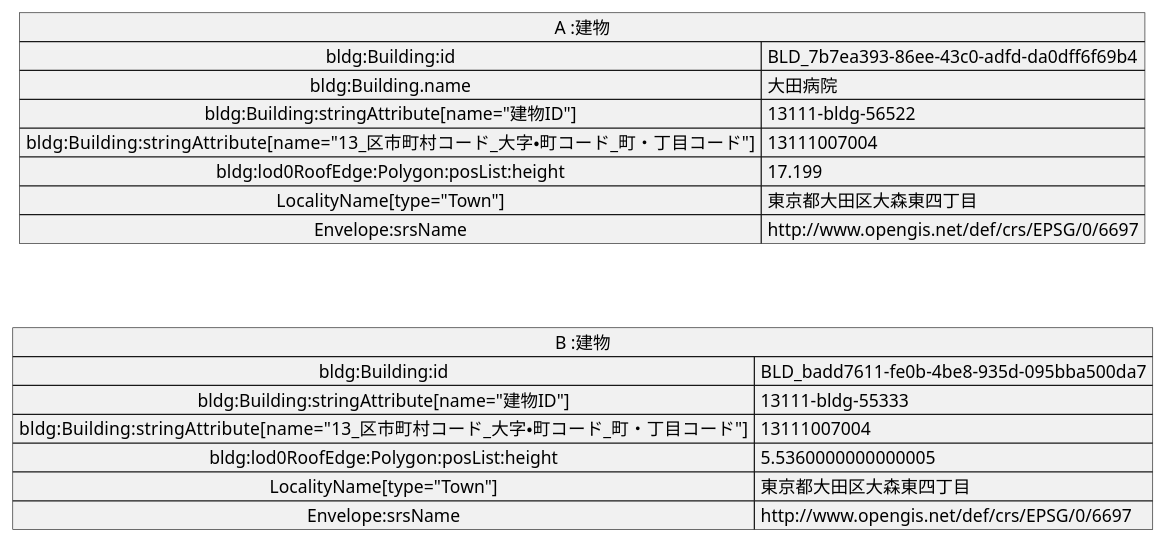
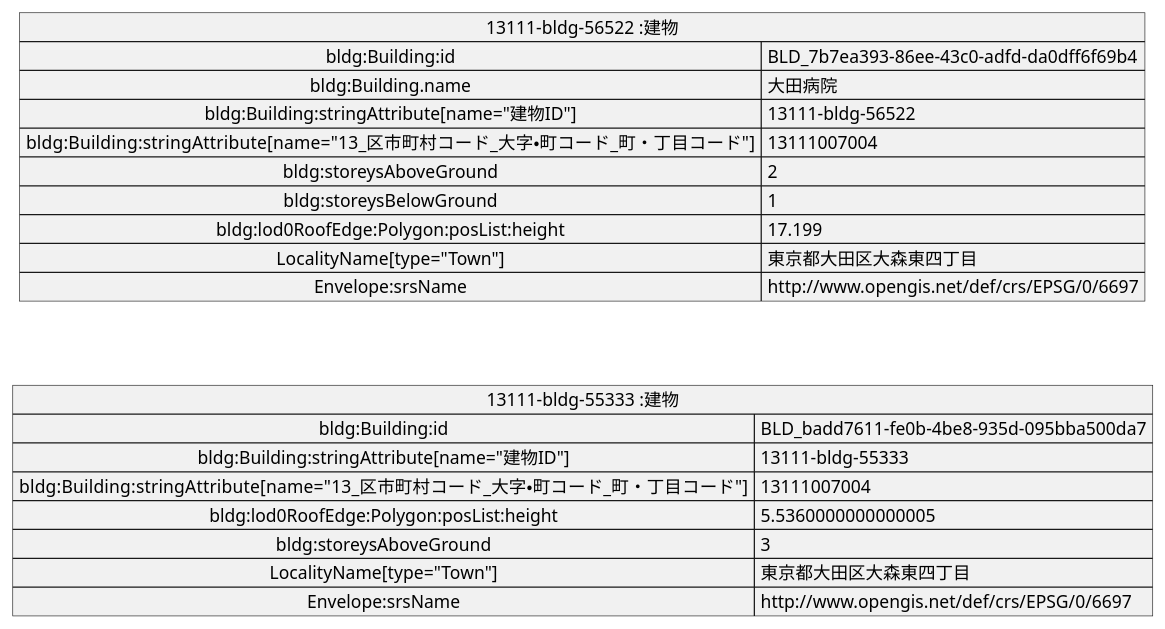
Before and after one commit to yuuhayashi/citygml-osm: the diagram in doc/building/sample-e/sample-e-gml.pu, drawn with PlantUML. The commit also changed 11 other files, not shown here.

```diff
--- a/doc/building/sample-e/sample-e-gml.pu
+++ b/doc/building/sample-e/sample-e-gml.pu
@@ -1,20 +1,23 @@
 @startuml
-map "A :建物" as A {
+map "13111-bldg-56522 :建物" as A {
  bldg:Building:id => BLD_7b7ea393-86ee-43c0-adfd-da0dff6f69b4
  bldg:Building.name => 大田病院
  bldg:Building:stringAttribute[name="建物ID"] => 13111-bldg-56522
  bldg:Building:stringAttribute[name="13_区市町村コード_大字・町コード_町・丁目コード"] => 13111007004
+ bldg:storeysAboveGround => 2
+ bldg:storeysBelowGround => 1
  bldg:lod0RoofEdge:Polygon:posList:height => 17.199
  LocalityName[type="Town"] => 東京都大田区大森東四丁目
  Envelope:srsName => http://www.opengis.net/def/crs/EPSG/0/6697
 }
-map "B :建物" as B {
+map "13111-bldg-55333 :建物" as B {
  bldg:Building:id => BLD_badd7611-fe0b-4be8-935d-095bba500da7
  bldg:Building:stringAttribute[name="建物ID"] => 13111-bldg-55333
  bldg:Building:stringAttribute[name="13_区市町村コード_大字・町コード_町・丁目コード"] => 13111007004
  bldg:lod0RoofEdge:Polygon:posList:height => 5.5360000000000005
+ bldg:storeysAboveGround => 3
  LocalityName[type="Town"] => 東京都大田区大森東四丁目
  Envelope:srsName => http://www.opengis.net/def/crs/EPSG/0/6697
 }
 A -[hidden]- B
 @enduml
```
